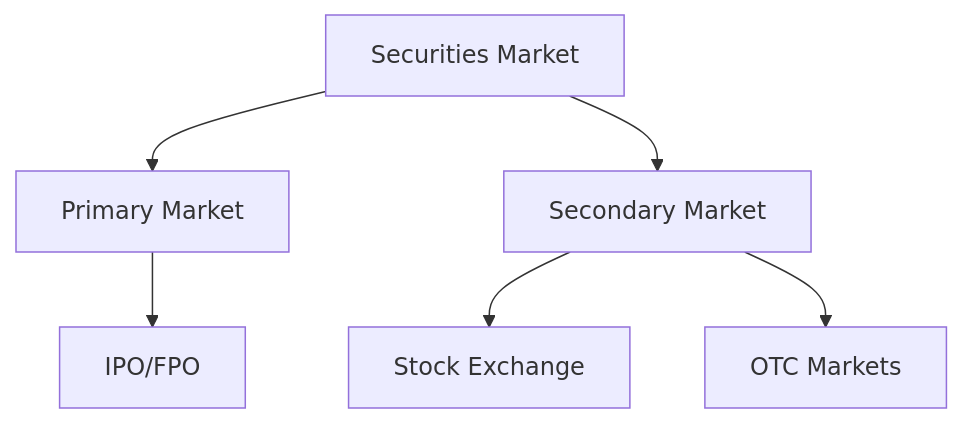
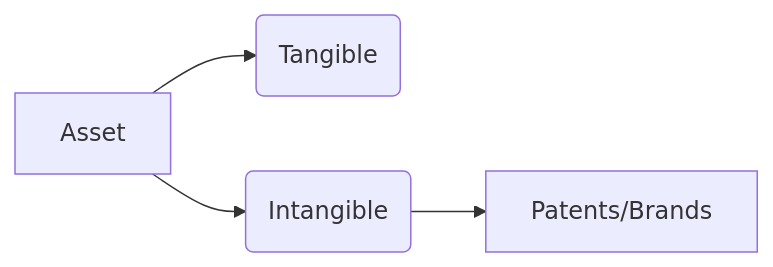
The diagram in BeuatifyContent.md (VijoyV/nism-ra-notes), drawn with Mermaid before and after one commit. The commit also changed other lines of this file and 3 other files, not shown here.

````diff
--- a/BeuatifyContent.md
+++ b/BeuatifyContent.md
@@ -50,9 +95,7 @@
 ```mermaid
-graph TD
-  A[Securities Market] --> B[Primary Market]
-  A --> C[Secondary Market]
-  B --> B1[IPO/FPO]
-  C --> C1[Stock Exchange]
-  C --> C2[OTC Markets]
+graph LR
+  A[Asset] --> B(Tangible)
+  A --> C(Intangible)
+  C --> D[Patents/Brands]
 
 ```
````
